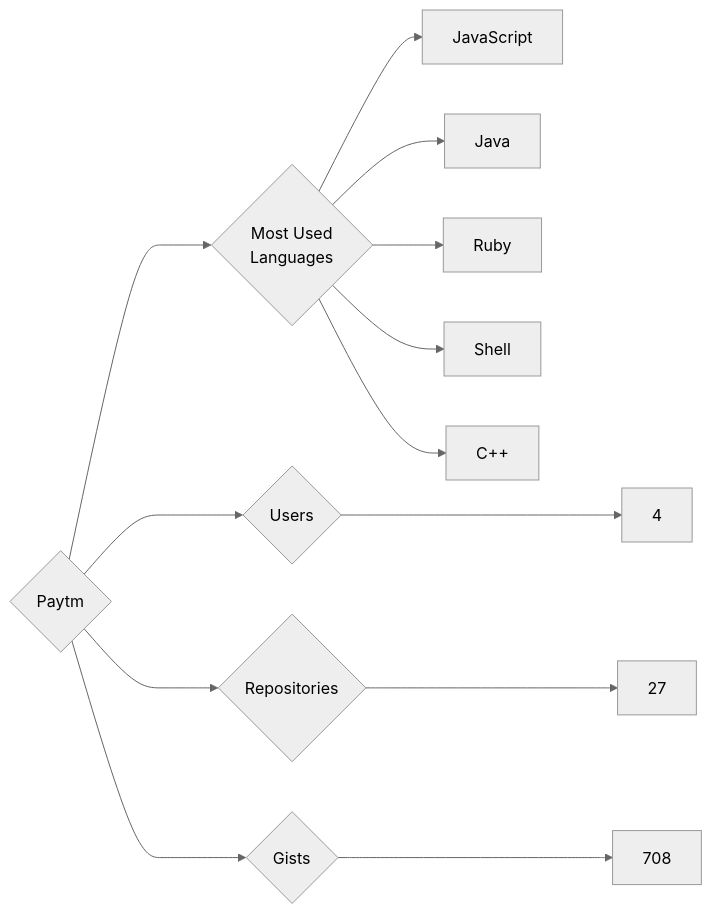
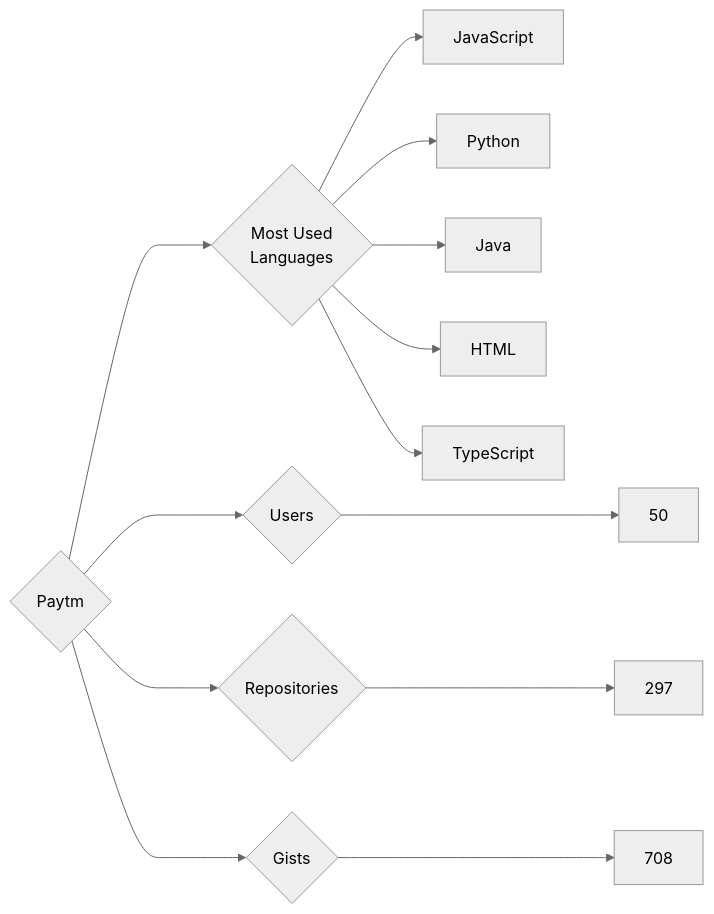
The diagram in targets/Paytm/README.md (trickest/insiders), drawn with Mermaid (neutral theme) before and after one commit. The commit also changed 682 other files, not shown here.

````diff
--- a/targets/Paytm/README.md
+++ b/targets/Paytm/README.md
@@ -3,13 +3,13 @@
 ```mermaid
 graph LR
 COMPANY_NAME{Paytm}
-COMPANY_NAME ---> U{Users} ---> UN[4]
-COMPANY_NAME ---> R{Repositories} ---> RN[27]
+COMPANY_NAME ---> U{Users} ---> UN[50]
+COMPANY_NAME ---> R{Repositories} ---> RN[297]
 COMPANY_NAME ---> G{Gists} ---> GN[708]
 COMPANY_NAME ---> ML{Most Used<br>Languages}
 ML --> JavaScript[JavaScript]
+ML --> Python[Python]
 ML --> Java[Java]
-ML --> Ruby[Ruby]
-ML --> Shell[Shell]
-ML --> C++[C++]
+ML --> HTML[HTML]
+ML --> TypeScript[TypeScript]
 ```
````
